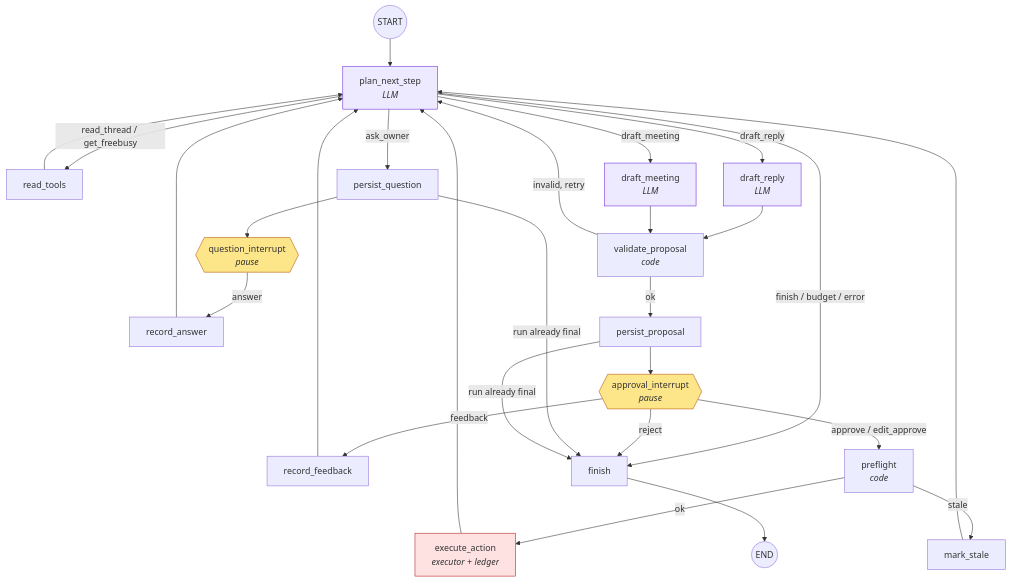
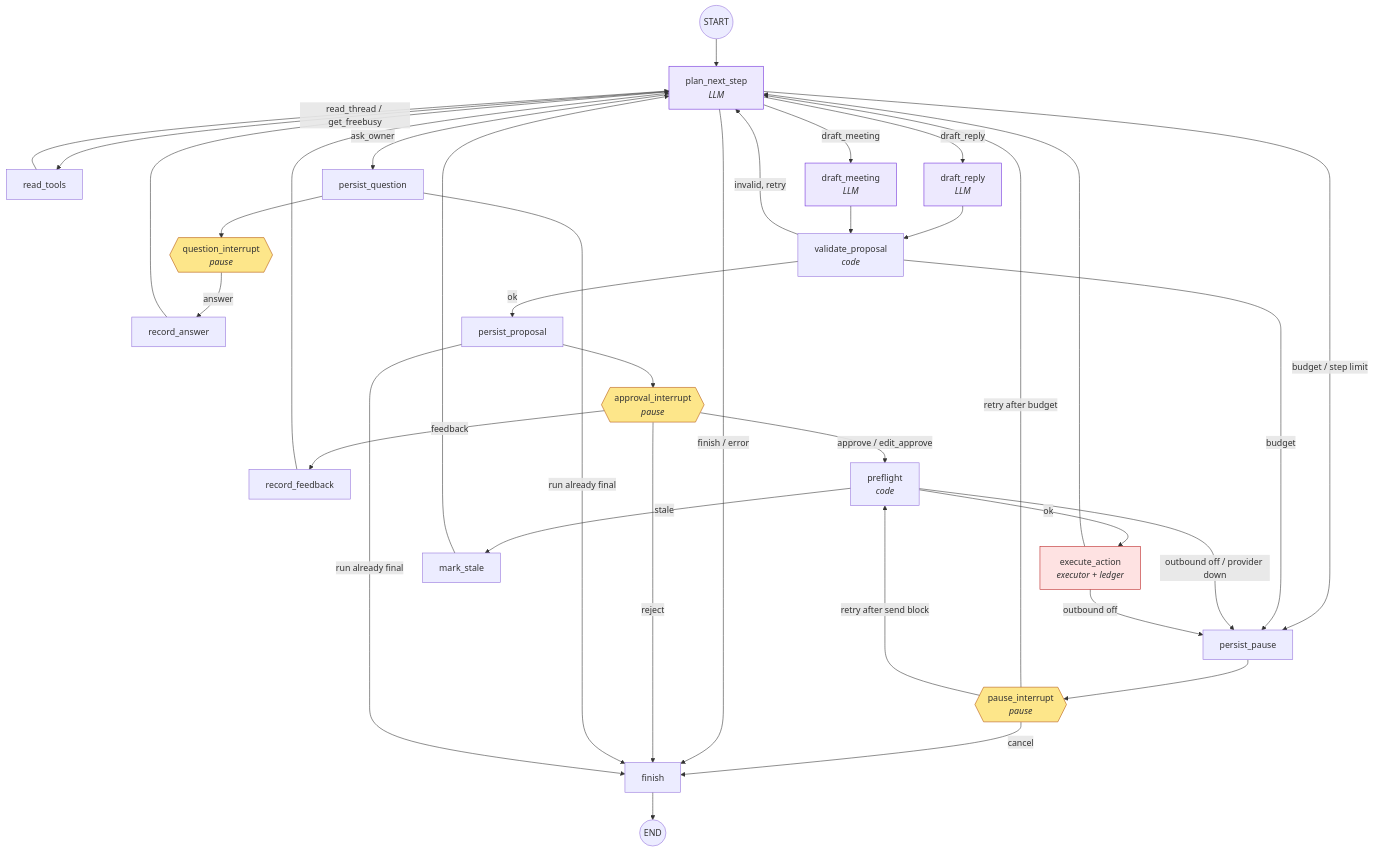
The third of 7 diagrams in docs/learn-langgraph.md (nikakakash/Personal-Email-Assistant), drawn with Mermaid before and after one commit. The commit also changed other lines of this file and 26 other files, not shown here.

First line of the commit message:
feat: paused runs wait at a pause interrupt and can be retried

````diff
--- a/docs/learn-langgraph.md
+++ b/docs/learn-langgraph.md
@@ -104,36 +109,45 @@
 ```mermaid
 flowchart TD
     S((START)) --> P[plan_next_step<br/><i>LLM</i>]
     P -->|read_thread / get_freebusy| RD[read_tools]
     RD --> P
     P -->|ask_owner| PQ[persist_question]
     PQ --> QI{{question_interrupt<br/><i>pause</i>}}
     QI -->|answer| RA[record_answer]
     RA --> P
     P -->|draft_reply| DR[draft_reply<br/><i>LLM</i>]
     P -->|draft_meeting| DM[draft_meeting<br/><i>LLM</i>]
     DR --> V[validate_proposal<br/><i>code</i>]
     DM --> V
     V -->|invalid, retry| P
     V -->|ok| PP[persist_proposal]
     PP --> AI{{approval_interrupt<br/><i>pause</i>}}
     AI -->|feedback| RF[record_feedback]
     RF --> P
     AI -->|approve / edit_approve| PF[preflight<br/><i>code</i>]
     PF -->|ok| X[execute_action<br/><i>executor + ledger</i>]
     PF -->|stale| MS[mark_stale]
     MS --> P
     X --> P
-    P -->|finish / budget / error| FIN[finish]
+    P -->|budget / step limit| PSP[persist_pause]
+    V -->|budget| PSP
+    PF -->|outbound off / provider down| PSP
+    X -->|outbound off| PSP
+    PSP --> PZ{{pause_interrupt<br/><i>pause</i>}}
+    PZ -->|retry after budget| P
+    PZ -->|retry after send block| PF
+    PZ -->|cancel| FIN
+    P -->|finish / error| FIN[finish]
     AI -->|reject| FIN
     PQ -->|run already final| FIN
     PP -->|run already final| FIN
     FIN --> E((END))
 
     style QI fill:#fde68a,stroke:#b45309
     style AI fill:#fde68a,stroke:#b45309
+    style PZ fill:#fde68a,stroke:#b45309
     style P fill:#ede9fe,stroke:#6d28d9
     style DR fill:#ede9fe,stroke:#6d28d9
     style DM fill:#ede9fe,stroke:#6d28d9
     style X fill:#fee2e2,stroke:#b91c1c
 ```
````
